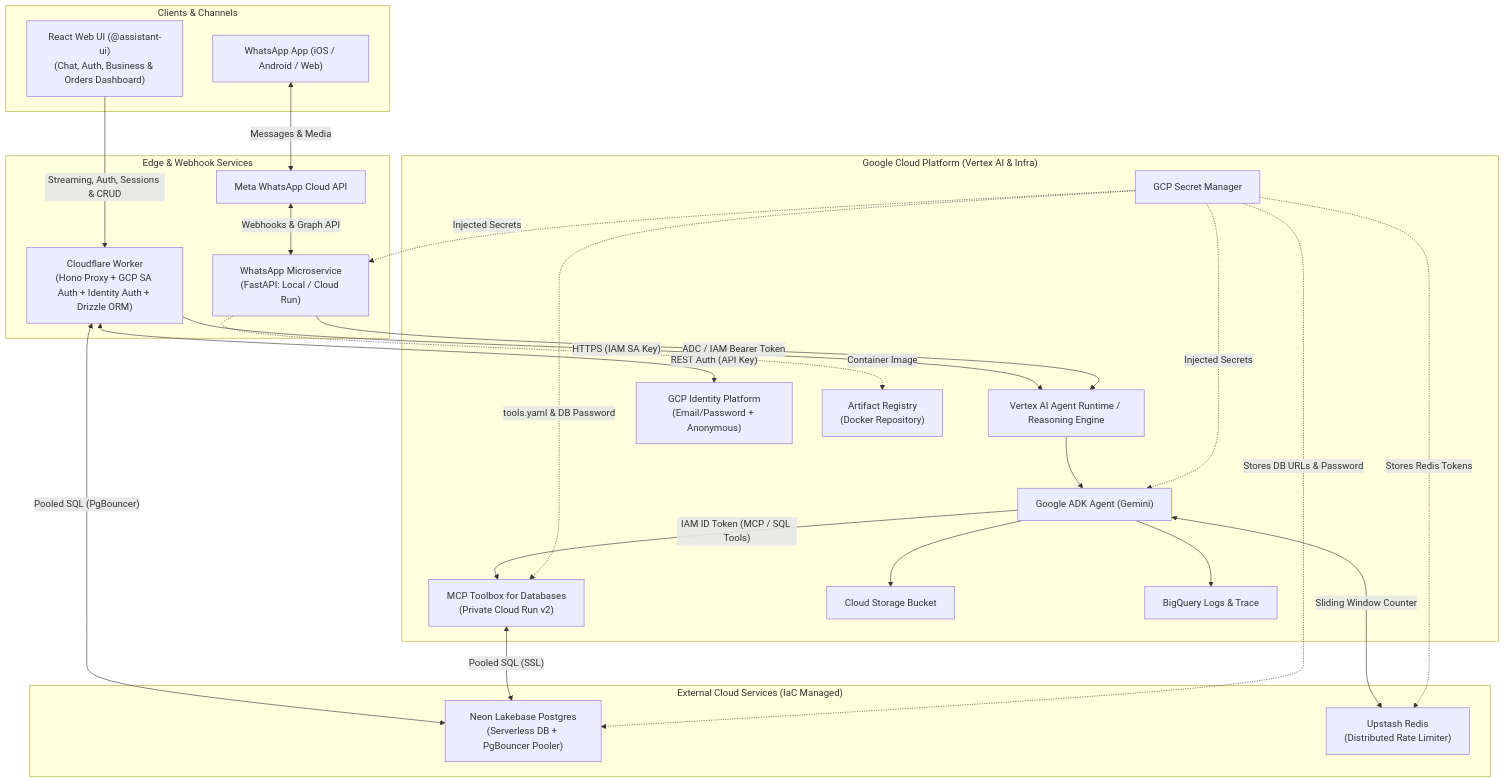
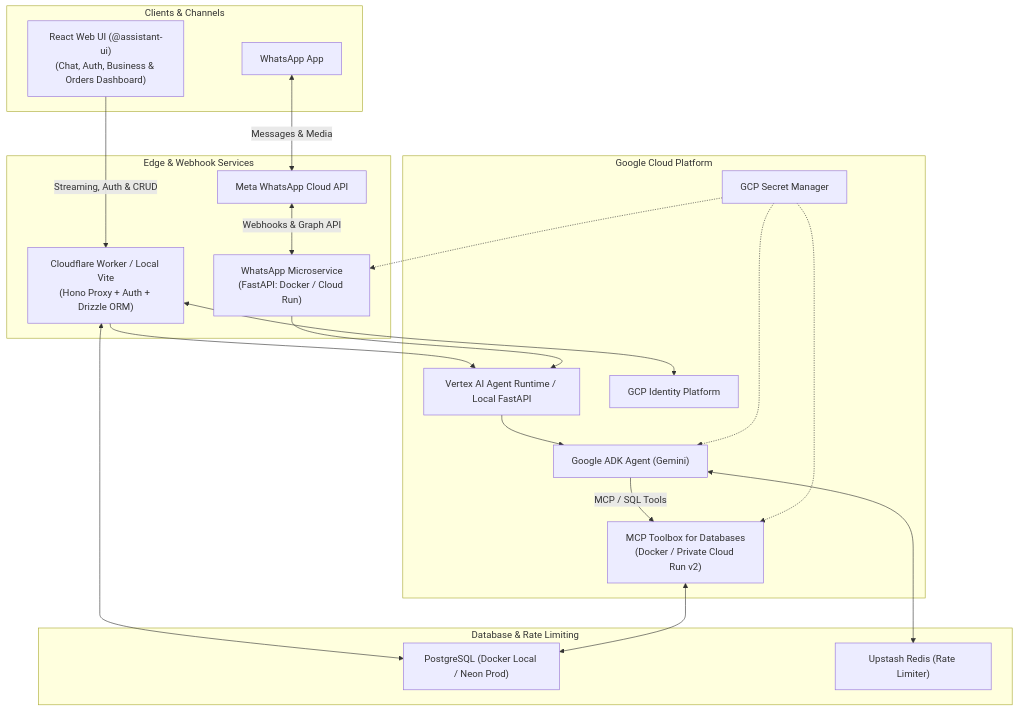
The diagram in README.md (janf-agentic-architect/coffee-assistant), drawn with Mermaid before and after one commit. The commit also changed other lines of this file and 20 other files, not shown here.

Commit message:
refactor: Refactor: Update Makefile, README, and various agent/web files

````diff
--- a/README.md
+++ b/README.md
@@ -30,51 +7,43 @@
 ```mermaid
 flowchart TD
     subgraph Clients ["Clients & Channels"]
         WebUI["React Web UI (@assistant-ui)\n(Chat, Auth, Business & Orders Dashboard)"]
-        WhatsAppClient["WhatsApp App (iOS / Android / Web)"]
+        WhatsAppClient["WhatsApp App"]
     end
 
     subgraph EdgeAndChannels ["Edge & Webhook Services"]
-        HonoWorker["Cloudflare Worker\n(Hono Proxy + GCP SA Auth + Identity Auth + Drizzle ORM)"]
+        HonoWorker["Cloudflare Worker / Local Vite\n(Hono Proxy + Auth + Drizzle ORM)"]
         MetaAPI["Meta WhatsApp Cloud API"]
-        WhatsAppService["WhatsApp Microservice\n(FastAPI: Local / Cloud Run)"]
+        WhatsAppService["WhatsApp Microservice\n(FastAPI: Docker / Cloud Run)"]
 
-        WebUI -->|Streaming, Auth, Sessions & CRUD| HonoWorker
+        WebUI -->|Streaming, Auth & CRUD| HonoWorker
         WhatsAppClient <-->|Messages & Media| MetaAPI
         MetaAPI <-->|Webhooks & Graph API| WhatsAppService
     end
 
-    subgraph GCP ["Google Cloud Platform (Vertex AI & Infra)"]
-        AgentRuntime["Vertex AI Agent Runtime / Reasoning Engine"]
+    subgraph GCP ["Google Cloud Platform"]
+        AgentRuntime["Vertex AI Agent Runtime / Local FastAPI"]
         ADKAgent["Google ADK Agent (Gemini)"]
-        MCPToolbox["MCP Toolbox for Databases\n(Private Cloud Run v2)"]
-        IdentityPlatform["GCP Identity Platform\n(Email/Password + Anonymous)"]
+        MCPToolbox["MCP Toolbox for Databases\n(Docker / Private Cloud Run v2)"]
+        IdentityPlatform["GCP Identity Platform"]
         SecretManager["GCP Secret Manager"]
-        GCS["Cloud Storage Bucket"]
-        BigQuery["BigQuery Logs & Trace"]
-        ArtifactRegistry["Artifact Registry\n(Docker Repository)"]
 
-        HonoWorker -->|"HTTPS (IAM SA Key)"| AgentRuntime
-        HonoWorker <-->|"REST Auth (API Key)"| IdentityPlatform
-        WhatsAppService -->|"ADC / IAM Bearer Token"| AgentRuntime
+        HonoWorker --> AgentRuntime
+        HonoWorker <--> IdentityPlatform
+        WhatsAppService --> AgentRuntime
         AgentRuntime --> ADKAgent
-        ADKAgent -->|"IAM ID Token (MCP / SQL Tools)"| MCPToolbox
-        SecretManager -.->|"Injected Secrets"| ADKAgent
-        SecretManager -.->|"tools.yaml & DB Password"| MCPToolbox
-        SecretManager -.->|"Injected Secrets"| WhatsAppService
-        ADKAgent --> GCS
-        ADKAgent --> BigQuery
-        WhatsAppService -.->|"Container Image"| ArtifactRegistry
+        ADKAgent -->|MCP / SQL Tools| MCPToolbox
+        SecretManager -.-> ADKAgent
+        SecretManager -.-> MCPToolbox
+        SecretManager -.-> WhatsAppService
     end
 
-    subgraph ExternalServices ["External Cloud Services (IaC Managed)"]
-        NeonDB["Neon Lakebase Postgres\n(Serverless DB + PgBouncer Pooler)"]
-        Upstash["Upstash Redis\n(Distributed Rate Limiter)"]
+    subgraph Data ["Database & Rate Limiting"]
+        DB["PostgreSQL (Docker Local / Neon Prod)"]
+        Upstash["Upstash Redis (Rate Limiter)"]
 
-        HonoWorker <-->|"Pooled SQL (PgBouncer)"| NeonDB
-        MCPToolbox <-->|"Pooled SQL (SSL)"| NeonDB
-        ADKAgent <-->|"Sliding Window Counter"| Upstash
-        SecretManager -.->|"Stores DB URLs & Password"| NeonDB
-        SecretManager -.->|"Stores Redis Tokens"| Upstash
+        HonoWorker <--> DB
+        MCPToolbox <--> DB
+        ADKAgent <--> Upstash
     end
 ```
````
